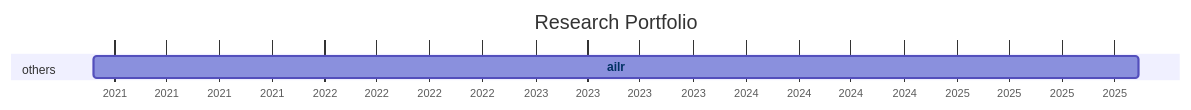
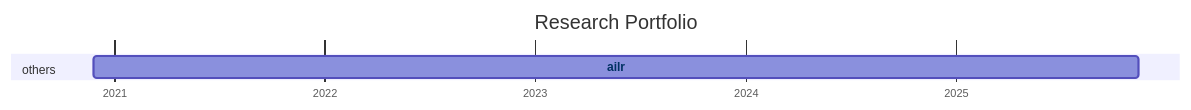
One commit to digital-work-lab/handbook changed the diagram in docs/20-research/25-projects-gantt.md. Above: the diagram before and after it, drawn with Mermaid.

Commit message:
Update repository overview

````diff
--- a/docs/20-research/25-projects-gantt.md
+++ b/docs/20-research/25-projects-gantt.md
@@ -8,21 +8,21 @@
 ```mermaid
 ---
 displayMode: compact
 ---
 gantt
 title Research Portfolio
 dateFormat YYYY-MM-DD
 axisFormat %Y
 
     section work_practices
 
     section distributed_organizing
 
     section knowledge_synthesis
 
     section others
-        ailr :ailr, 2020-11-26, 2025-11-12
+        ailr :ailr, 2020-11-26, 2025-11-13
 
 
     click ailr href "{{ site.baseurl }}/docs/10-lab/18-resources/ailr.html"
 ```
````
